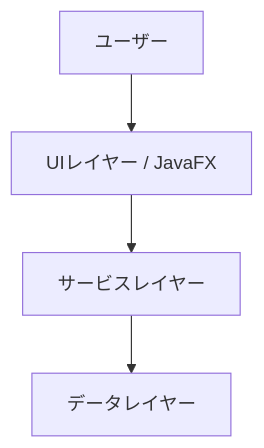
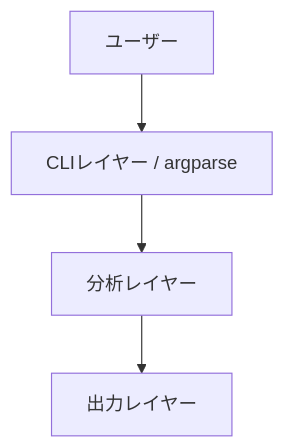
The first of 4 diagrams in .claude/skills/functional-design/guide.md (AkiraIsozaki/grep_helper), drawn with Mermaid before and after one commit. The commit also changed other lines of this file and 33 other files, not shown here.

````diff
--- a/.claude/skills/functional-design/guide.md
+++ b/.claude/skills/functional-design/guide.md
@@ -37,11 +37,11 @@
 ```mermaid
 graph TB
     User[ユーザー]
-    UI[UIレイヤー / JavaFX]
-    Service[サービスレイヤー]
-    Data[データレイヤー]
+    CLI[CLIレイヤー / argparse]
+    Analysis[分析レイヤー]
+    Output[出力レイヤー]
 
-    User --> UI
-    UI --> Service
-    Service --> Data
+    User --> CLI
+    CLI --> Analysis
+    Analysis --> Output
 ```
````
